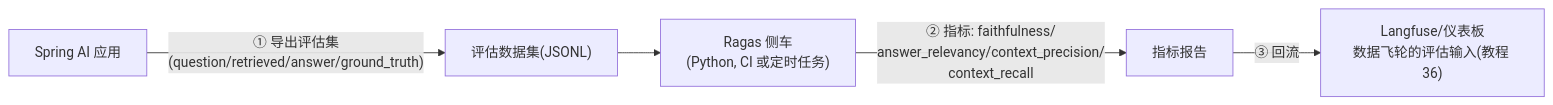
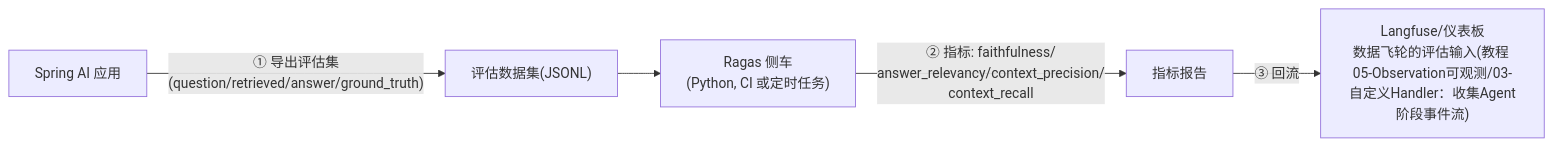
One commit to UranusGit/java-agent-learn changed the first of 2 diagrams in docs/附录/11-评估与可观测生态/00-Langfuse与Ragas集成.md. Above: the diagram before and after it, drawn with Mermaid. The commit also changed other lines of this file and 634 other files, not shown here.

````diff
--- a/docs/附录/11-评估与可观测生态/00-Langfuse与Ragas集成.md
+++ b/docs/附录/11-评估与可观测生态/00-Langfuse与Ragas集成.md
@@ -42,7 +42,7 @@
 ```mermaid
 flowchart LR
     SA["Spring AI 应用"] -->|"① 导出评估集<br/>(question/retrieved/answer/ground_truth)"| JSON["评估数据集(JSONL)"]
     JSON --> RG["Ragas 侧车<br/>(Python, CI 或定时任务)"]
     RG -->|"② 指标: faithfulness/<br/>answer_relevancy/context_precision/<br/>context_recall"| RES["指标报告"]
-    RES -->|"③ 回流"| LF["Langfuse/仪表板<br/>数据飞轮的评估输入(教程 36)"]
+    RES -->|"③ 回流"| LF["Langfuse/仪表板<br/>数据飞轮的评估输入(教程 05-Observation可观测/03-自定义Handler：收集Agent阶段事件流)"]
 ```
````
